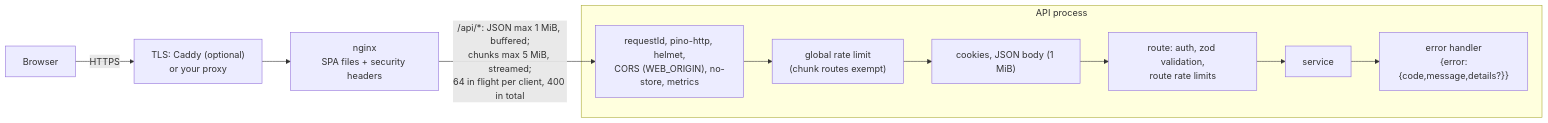
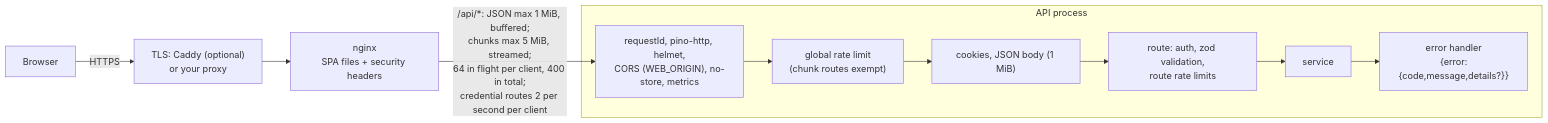
One commit to exotic-Siddharth/cipherdrop changed the second of 7 diagrams in docs/ARCHITECTURE.md. Above: the diagram before and after it, drawn with Mermaid. The commit also changed other lines of this file and 1 other file, not shown here.

First line of the commit message:
docs(api, architecture): batch 1 endpoints, errors and limits

````diff
--- a/docs/ARCHITECTURE.md
+++ b/docs/ARCHITECTURE.md
@@ -41,13 +41,13 @@
 ```mermaid
 flowchart LR
   B[Browser] -->|HTTPS| T["TLS: Caddy (optional)<br/>or your proxy"]
   T --> W["nginx<br/>SPA files + security headers"]
-  W -->|"/api/*: JSON max 1 MiB, buffered;<br/>chunks max 5 MiB, streamed;<br/>64 in flight per client, 400 in total"| M
+  W -->|"/api/*: JSON max 1 MiB, buffered;<br/>chunks max 5 MiB, streamed;<br/>64 in flight per client, 400 in total;<br/>credential routes 2 per second per client"| M
   subgraph API process
     M["requestId, pino-http, helmet,<br/>CORS (WEB_ORIGIN), no-store, metrics"] --> G["global rate limit<br/>(chunk routes exempt)"]
     G --> J["cookies, JSON body (1 MiB)"]
     J --> RT["route: auth, zod validation,<br/>route rate limits"]
     RT --> SV[service]
     SV --> E["error handler<br/>{error:{code,message,details?}}"]
   end
 ```
````
